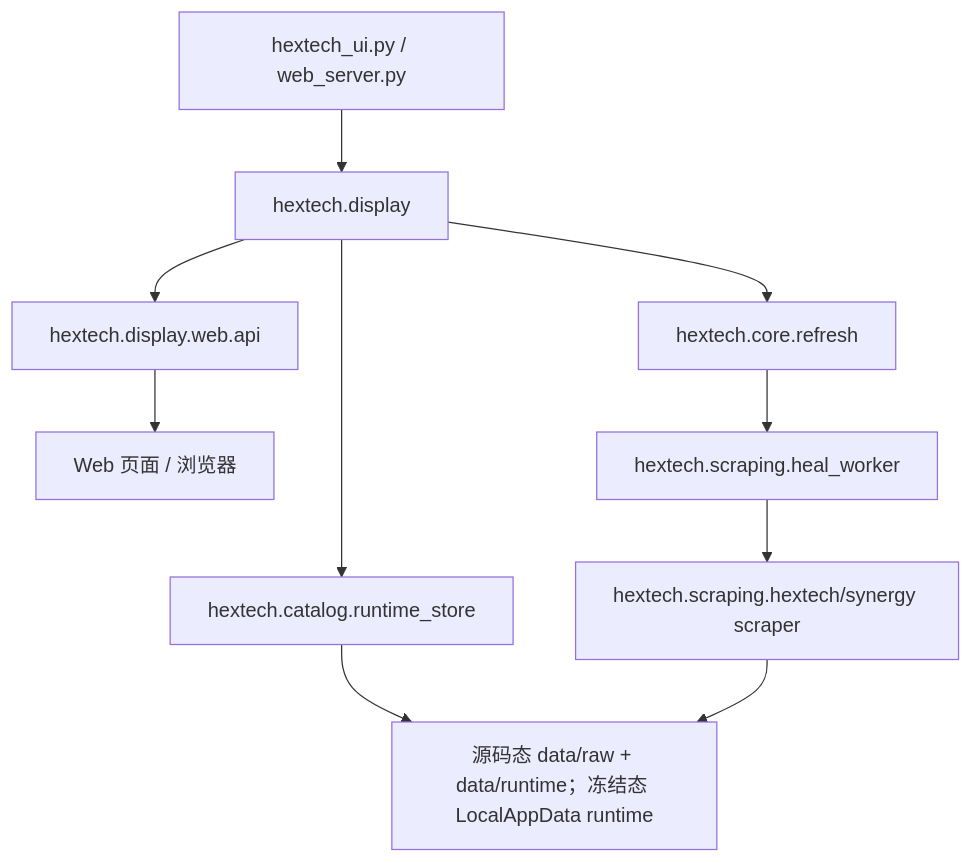
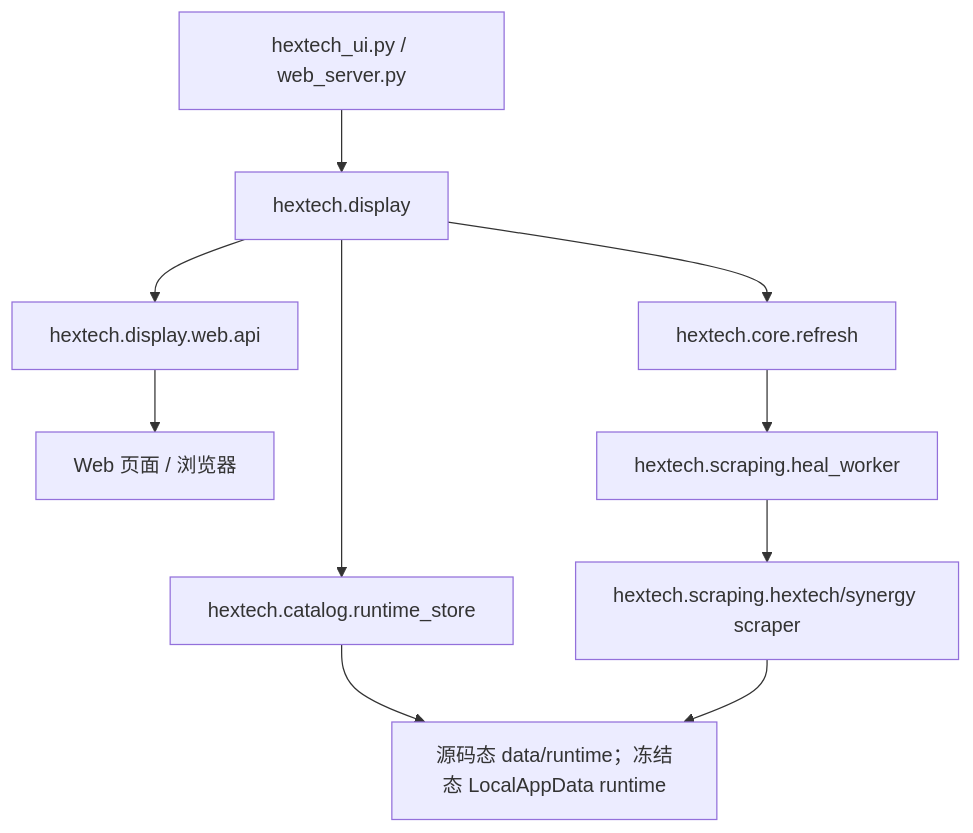
Before and after one commit to fadfasfa/claude-code-test: the diagram in run/PROJECT.md, drawn with Mermaid. The commit also changed other lines of this file and 677 other files, not shown here.

````diff
--- a/run/PROJECT.md
+++ b/run/PROJECT.md
@@ -184,12 +184,12 @@
 ```mermaid
 flowchart TD
     A[hextech_ui.py / web_server.py] --> B[hextech.display]
     B --> C[hextech.catalog.runtime_store]
-    C --> D[源码态 data/raw + data/runtime；冻结态 LocalAppData runtime]
+    C --> D[源码态 data/runtime；冻结态 LocalAppData runtime]
     B --> E[hextech.display.web.api]
     E --> F[Web 页面 / 浏览器]
     B --> G[hextech.core.refresh]
     G --> H[hextech.scraping.heal_worker]
     H --> I[hextech.scraping.hextech/synergy scraper]
     I --> D
 ```
````
